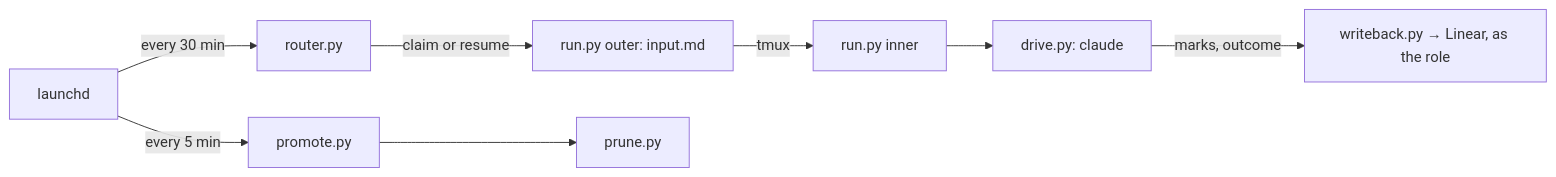
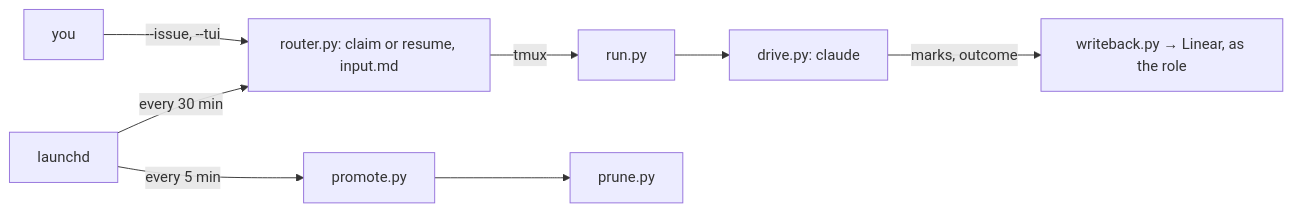
The third of 3 diagrams in README.md (ophis/agent-pm), drawn with Mermaid before and after one commit. The commit also changed other lines of this file and 6 other files, not shown here.

First line of the commit message:
TASK-216: Orchestrator: router.py is the one entry point (run.py outer folds in --issue starts or resumes) (#95)

````diff
--- a/README.md
+++ b/README.md
@@ -68,6 +68,7 @@
 ```mermaid
 flowchart LR
-    L[launchd] -->|every 30 min| R[router.py] -->|claim or resume| O["run.py outer: input.md"] -->|tmux| I[run.py inner]
+    L[launchd] -->|every 30 min| R["router.py: claim or resume, input.md"] -->|tmux| I[run.py]
+    Y[you] -->|"--issue, --tui"| R
     I --> D["drive.py: claude"] -->|"marks, outcome"| W["writeback.py → Linear, as the role"]
     L -->|every 5 min| P[promote.py] --> X[prune.py]
 ```
````
